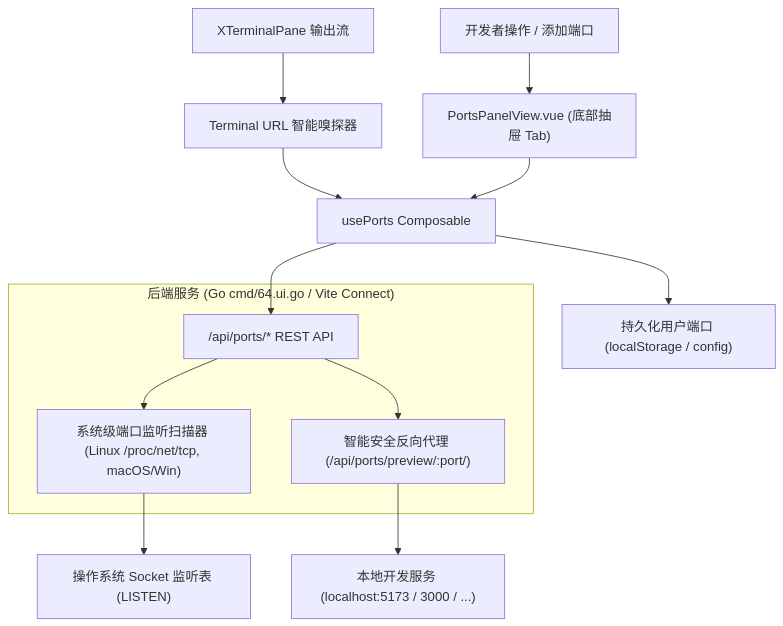
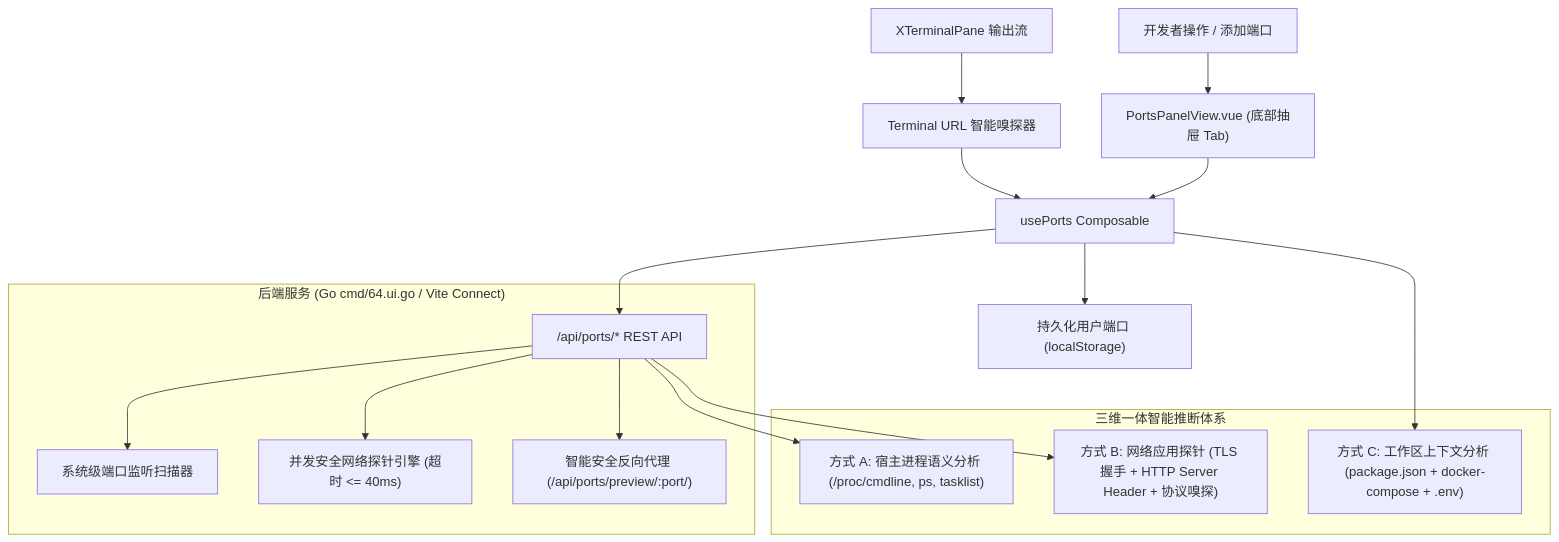
The diagram in specs/043-vscode-port-forwarding-management/plan.md (snowdreamtech/UniRTM), drawn with Mermaid before and after one commit. The commit also changed other lines of this file and 2 other files, not shown here.

Commit message:
docs(spec): add specification and tasks for method B probing and method C context inference

````diff
--- a/specs/043-vscode-port-forwarding-management/plan.md
+++ b/specs/043-vscode-port-forwarding-management/plan.md
@@ -7,17 +7,25 @@
 ```mermaid
 graph TD
     User["开发者操作 / 添加端口"] --> PortsView["PortsPanelView.vue (底部抽屉 Tab)"]
     TerminalOutput["XTerminalPane 输出流"] --> Sniffer["Terminal URL 智能嗅探器"]
     Sniffer --> usePorts["usePorts Composable"]
     PortsView --> usePorts
-    usePorts --> LocalStore["持久化用户端口 (localStorage / config)"]
+    usePorts --> LocalStore["持久化用户端口 (localStorage)"]
     usePorts --> BackendAPI["/api/ports/* REST API"]
     
+    subgraph "三维一体智能推断体系"
+        MethodA["方式 A: 宿主进程语义分析 (/proc/cmdline, ps, tasklist)"]
+        MethodB["方式 B: 网络应用探针 (TLS 握手 + HTTP Server Header + 协议嗅探)"]
+        MethodC["方式 C: 工作区上下文分析 (package.json + docker-compose + .env)"]
+    end
+
+    BackendAPI --> MethodA
+    BackendAPI --> MethodB
+    usePorts --> MethodC
+    
     subgraph "后端服务 (Go cmd/64.ui.go / Vite Connect)"
-        BackendAPI --> PortScanner["系统级端口监听扫描器 (Linux /proc/net/tcp, macOS/Win)"]
+        BackendAPI --> PortScanner["系统级端口监听扫描器"]
+        BackendAPI --> PortProber["并发安全网络探针引擎 (超时 <= 40ms)"]
         BackendAPI --> PortProxy["智能安全反向代理 (/api/ports/preview/:port/)"]
     end
-    
-    PortScanner --> OSNetwork["操作系统 Socket 监听表 (LISTEN)"]
-    PortProxy --> LocalService["本地开发服务 (localhost:5173 / 3000 / ...)"]
 ```
````
